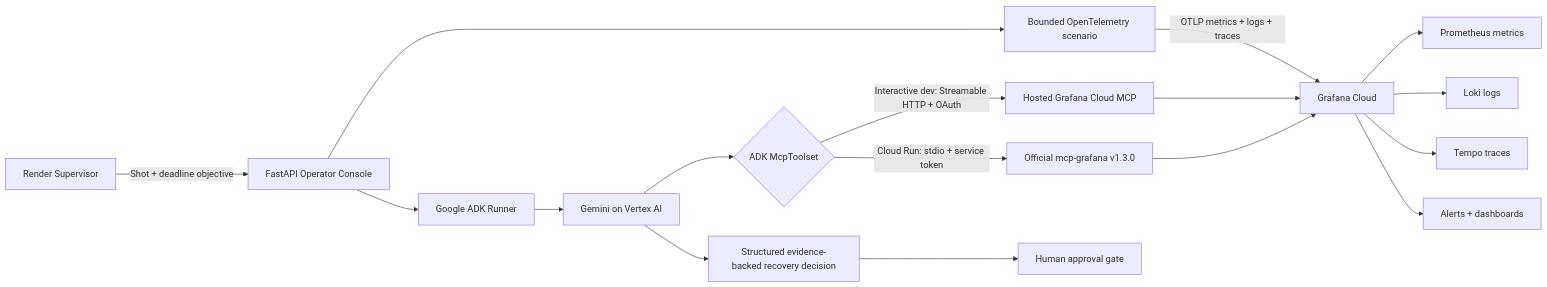
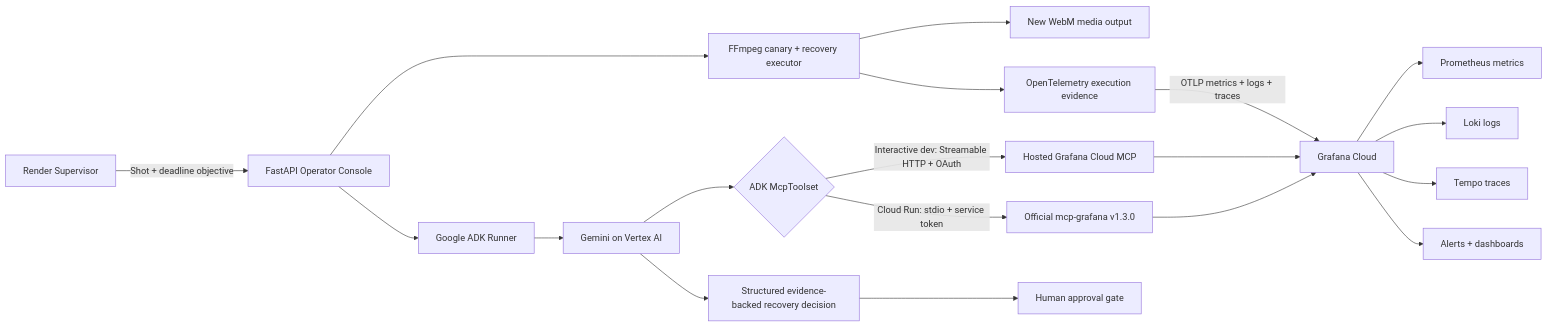
The diagram in docs/architecture.md (alexzerg/renderops-director), drawn with Mermaid before and after one commit. The commit also changed 23 other files, not shown here.

Commit message:
feat(execution): apply approved fixes with real FFmpeg jobs

````diff
--- a/docs/architecture.md
+++ b/docs/architecture.md
@@ -3,19 +3,21 @@
 ```mermaid
 flowchart LR
   O[Render Supervisor] -->|Shot + deadline objective| UI[FastAPI Operator Console]
-  UI --> S[Bounded OpenTelemetry scenario]
+  UI --> X[FFmpeg canary + recovery executor]
+  X --> M[New WebM media output]
+  X --> S[OpenTelemetry execution evidence]
   S -->|OTLP metrics + logs + traces| GC[Grafana Cloud]
   UI --> R[Google ADK Runner]
   R --> G[Gemini on Vertex AI]
   G --> T{ADK McpToolset}
   T -->|Interactive dev: Streamable HTTP + OAuth| HC[Hosted Grafana Cloud MCP]
   T -->|Cloud Run: stdio + service token| OSS[Official mcp-grafana v1.3.0]
   HC --> GC
   OSS --> GC
   GC --> P[Prometheus metrics]
   GC --> L[Loki logs]
   GC --> TP[Tempo traces]
   GC --> A[Alerts + dashboards]
   G --> D[Structured evidence-backed recovery decision]
   D --> H[Human approval gate]
 ```
````
